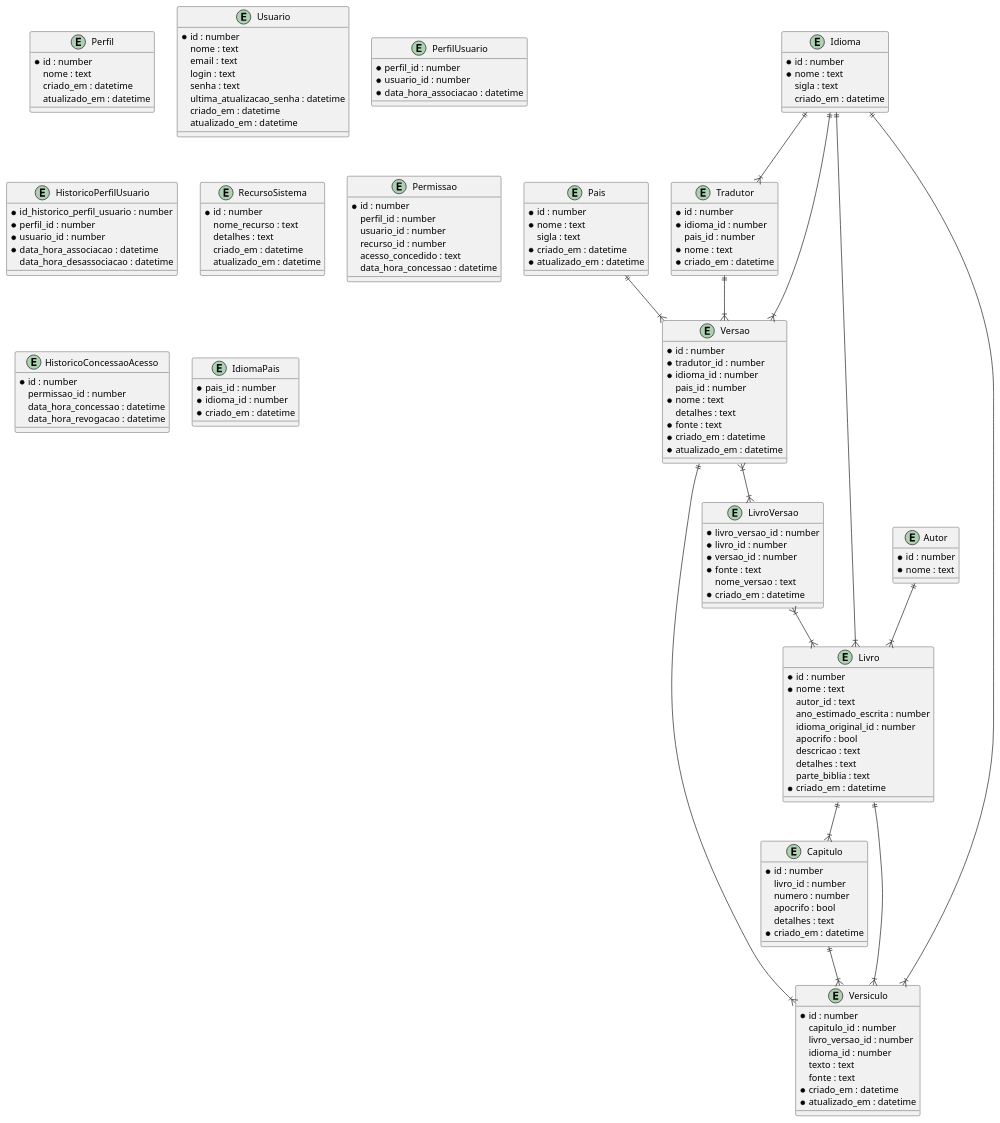
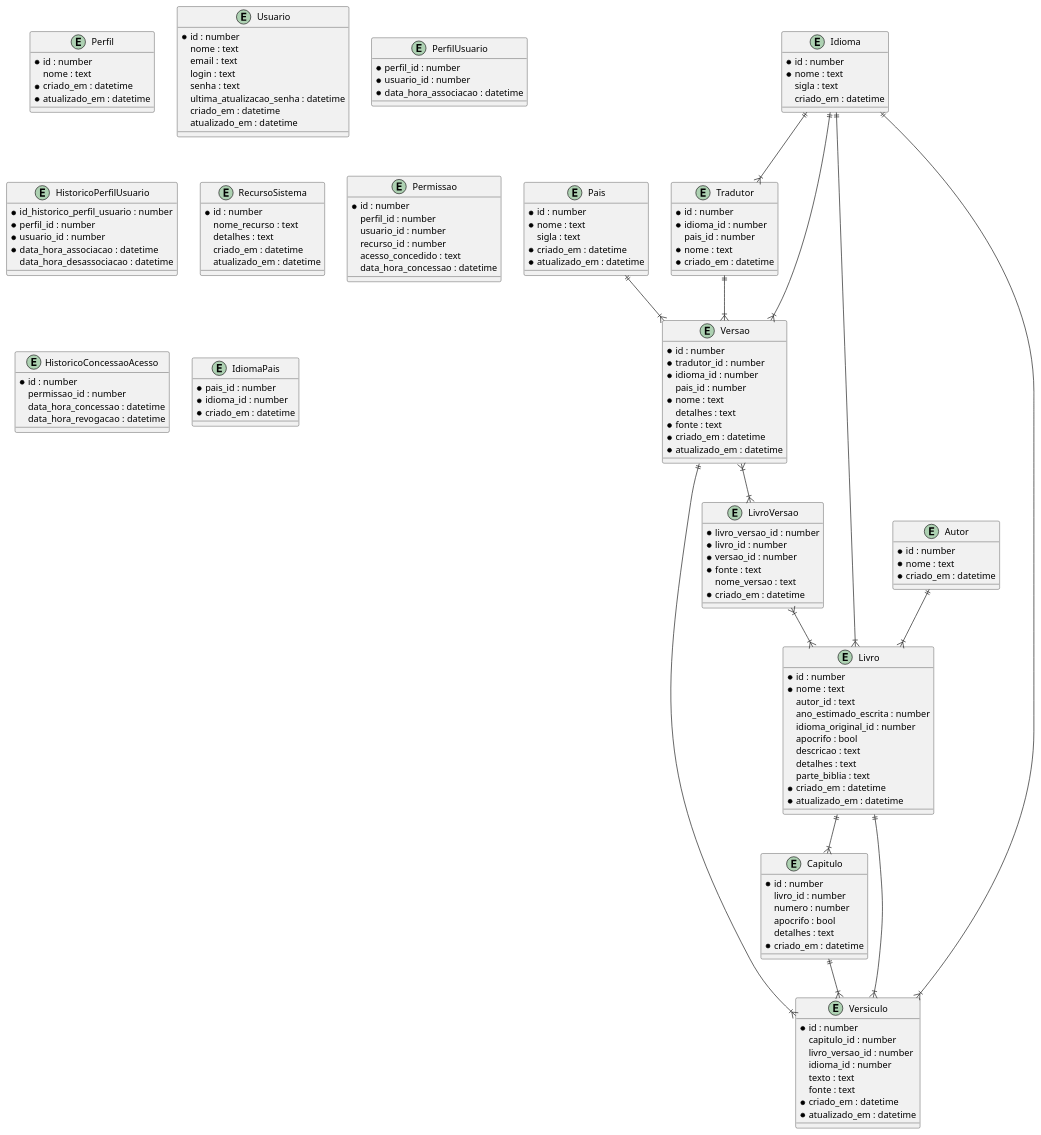
Before and after one commit to aberriel/holy_bible_bi_py: the diagram in docs/db_model.puml, drawn with PlantUML. The commit also changed 25 other files, not shown here.

```diff
--- a/docs/db_model.puml
+++ b/docs/db_model.puml
@@ -1,153 +1,155 @@
 @startuml
 entity Perfil {
 	*id : number
 	nome : text
-	criado_em : datetime
-	atualizado_em : datetime
+	*criado_em : datetime
+	*atualizado_em : datetime
 }
 entity Usuario {
 	*id : number
 	nome : text
 	email : text
 	login : text
 	senha : text
 	ultima_atualizacao_senha : datetime
 	criado_em : datetime
 	atualizado_em : datetime
 }
 entity PerfilUsuario {
 	*perfil_id : number
 	*usuario_id : number
 	*data_hora_associacao : datetime
 }
 entity HistoricoPerfilUsuario {
 	*id_historico_perfil_usuario : number
 	*perfil_id : number
 	*usuario_id : number
 	*data_hora_associacao : datetime
 	data_hora_desassociacao : datetime
 }
 entity RecursoSistema {
 	*id : number
 	nome_recurso : text
 	detalhes : text
 	criado_em : datetime
 	atualizado_em : datetime
 }
 entity Permissao {
 	*id : number
 	perfil_id : number
 	usuario_id : number
 	recurso_id : number
 	acesso_concedido : text
 	data_hora_concessao : datetime
 }
 entity HistoricoConcessaoAcesso {
 	*id : number
 	permissao_id : number
 	data_hora_concessao : datetime
 	data_hora_revogacao : datetime
 }
 entity Pais {
 	*id : number
 	*nome : text
 	sigla : text
 	*criado_em : datetime
 	*atualizado_em : datetime
 }
 entity Idioma {
 	*id : number
 	*nome : text
 	sigla : text
 	criado_em : datetime
 }
 entity IdiomaPais {
 	*pais_id : number
 	*idioma_id : number
 	*criado_em : datetime
 }
 
 entity Tradutor {
 	*id : number
 	*idioma_id : number
 	pais_id : number
 	*nome : text
 	*criado_em : datetime
 }
 
 Idioma ||--|{ Tradutor
 
 entity Autor {
 	*id : number
 	*nome : text
+	*criado_em : datetime
 }
 
 entity Versao {
 	*id : number
 	*tradutor_id : number
 	*idioma_id : number
 	pais_id : number
 	*nome : text
 	detalhes : text
 	*fonte : text
 	*criado_em : datetime
 	*atualizado_em : datetime
 }
 
 Idioma ||--|{ Versao
 Tradutor ||--|{ Versao
 Pais ||--|{ Versao
 
 entity LivroVersao {
 	*livro_versao_id : number
 	*livro_id : number
 	*versao_id : number
 	*fonte : text
 	nome_versao : text
 	*criado_em : datetime
 }
 entity Livro {
 	*id : number
 	*nome : text
 	autor_id : text
 	ano_estimado_escrita : number
 	idioma_original_id : number
 	apocrifo : bool
 	descricao : text
 	detalhes : text
 	parte_biblia : text
 	*criado_em : datetime
+	*atualizado_em : datetime
 }
 
 Autor ||--|{ Livro
 Idioma ||--|{ Livro
 LivroVersao }|--|{ Livro
 Versao }|--|{ LivroVersao
 
 entity Capitulo {
 	*id : number
 	livro_id : number
 	numero : number
 	apocrifo : bool
 	detalhes : text
 	*criado_em : datetime
 }
 
 Livro ||--|{ Capitulo
 
 entity Versiculo {
 	*id : number
 	capitulo_id : number
 	livro_versao_id : number
 	idioma_id : number
 	texto : text
 	fonte : text
 	*criado_em : datetime
 	*atualizado_em : datetime
 }
 
 Capitulo ||--|{ Versiculo
 Livro ||--|{ Versiculo
 Versao ||--|{ Versiculo
 Idioma ||--|{ Versiculo
 @enduml
```
